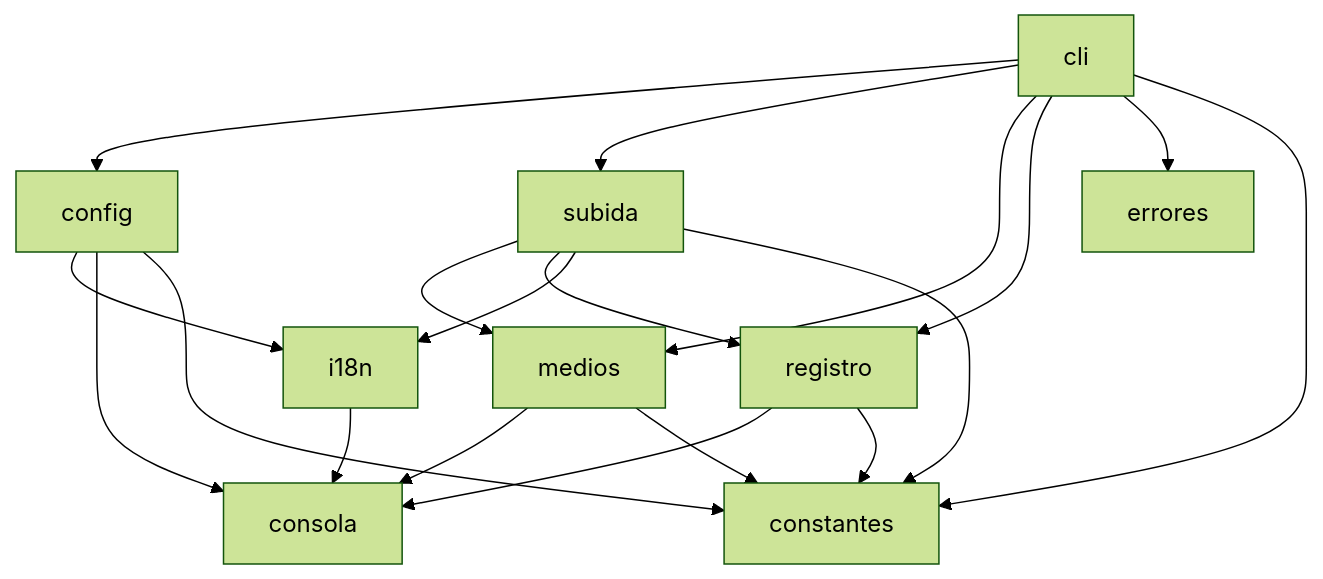
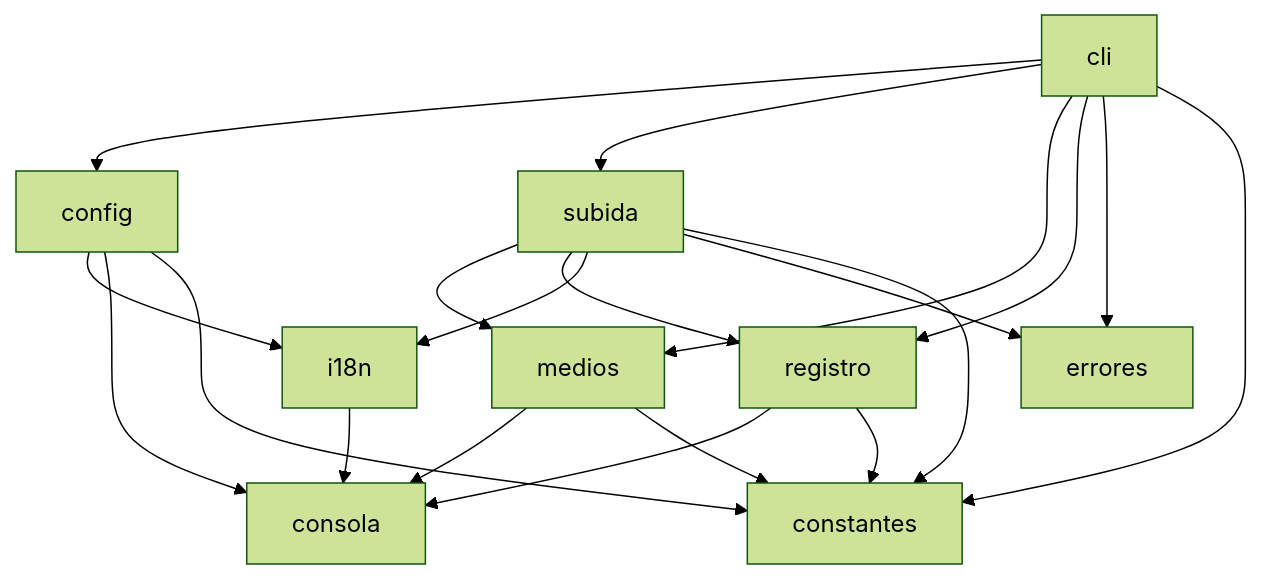
Before and after one commit to al3xFight/telegram-uploader: the first of 2 diagrams in ARQUITECTURA.md, drawn with Mermaid (forest theme). The commit also changed other lines of this file and 4 other files, not shown here.

````diff
--- a/ARQUITECTURA.md
+++ b/ARQUITECTURA.md
@@ -32,21 +32,22 @@
 ```mermaid
 flowchart TD
     cli --> config
     cli --> subida
     cli --> medios
     cli --> registro
     cli --> errores
     cli --> constantes
     config --> i18n
     subida --> medios
     subida --> registro
     subida --> i18n
+    subida --> errores
     i18n --> consola
     config --> consola
     registro --> consola
     medios --> consola
     config --> constantes
     registro --> constantes
     subida --> constantes
     medios --> constantes
 ```
````
